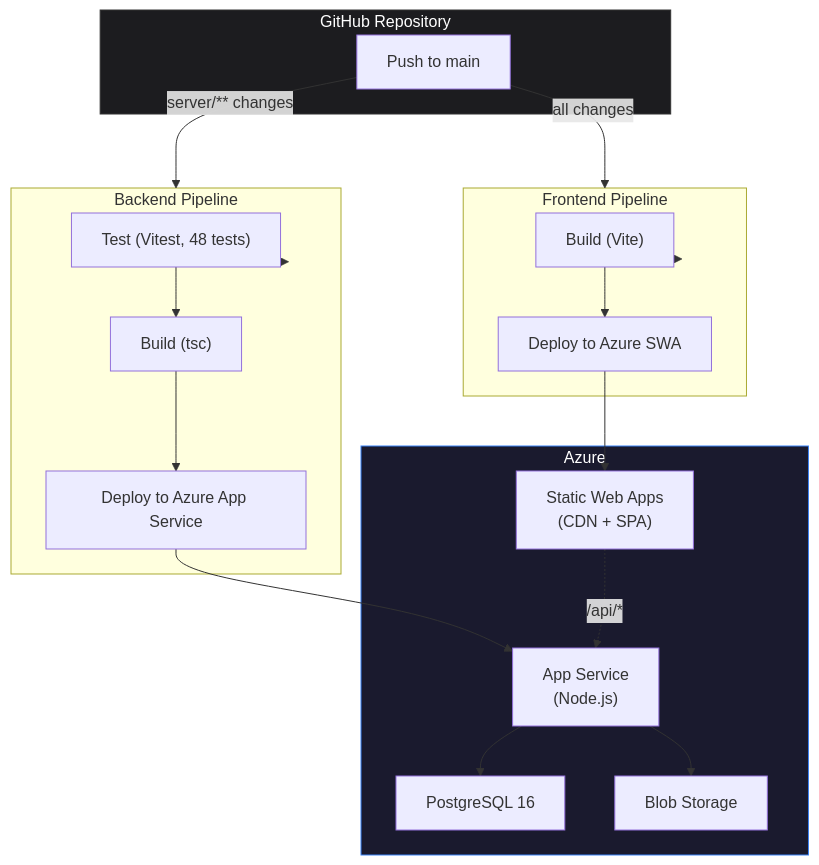
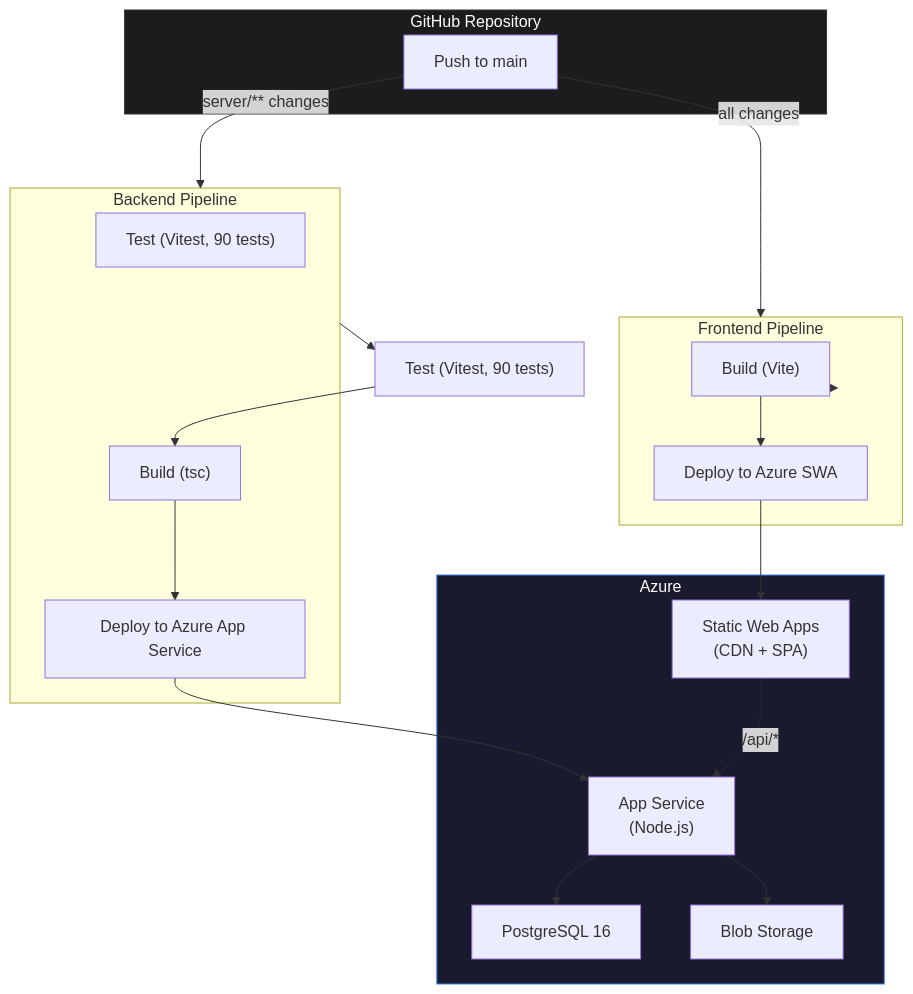
One commit to sgupta-mirchilabs/data-kitchen changed diagram 11 of 11 in docs/architecture/SYSTEM_OVERVIEW.md. Above: the diagram before and after it, drawn with Mermaid. The commit also changed other lines of this file and 36 other files, not shown here.

````diff
--- a/docs/architecture/SYSTEM_OVERVIEW.md
+++ b/docs/architecture/SYSTEM_OVERVIEW.md
@@ -586,35 +600,35 @@
 ```mermaid
 flowchart TB
     subgraph GitHub["GitHub Repository"]
         PUSH["Push to main"]
     end
 
     subgraph CI_Frontend["Frontend Pipeline"]
         FE_BUILD["Build (Vite)"]
         FE_DEPLOY["Deploy to Azure SWA"]
     end
 
     subgraph CI_Backend["Backend Pipeline"]
-        BE_TEST["Test (Vitest, 48 tests)"]
+        BE_TEST_LABEL["Test (Vitest, 90 tests)"]
         BE_BUILD["Build (tsc)"]
         BE_DEPLOY["Deploy to Azure App Service"]
     end
 
     subgraph Azure["Azure"]
         SWA["Static Web Apps\n(CDN + SPA)"]
         APP["App Service\n(Node.js)"]
         PG["PostgreSQL 16"]
         BLOB["Blob Storage"]
     end
 
     PUSH -->|"all changes"| CI_Frontend
     PUSH -->|"server/** changes"| CI_Backend
     CI_Frontend --> FE_BUILD --> FE_DEPLOY --> SWA
-    CI_Backend --> BE_TEST --> BE_BUILD --> BE_DEPLOY --> APP
+    CI_Backend --> BE_TEST["Test (Vitest, 90 tests)"] --> BE_BUILD --> BE_DEPLOY --> APP
     APP --> PG
     APP --> BLOB
     SWA -.->|"/api/*"| APP
 
     style GitHub fill:#1c1c1f,stroke:#333,color:#fff
     style Azure fill:#1a1a2e,stroke:#3b82f6,color:#fff
 ```
````
